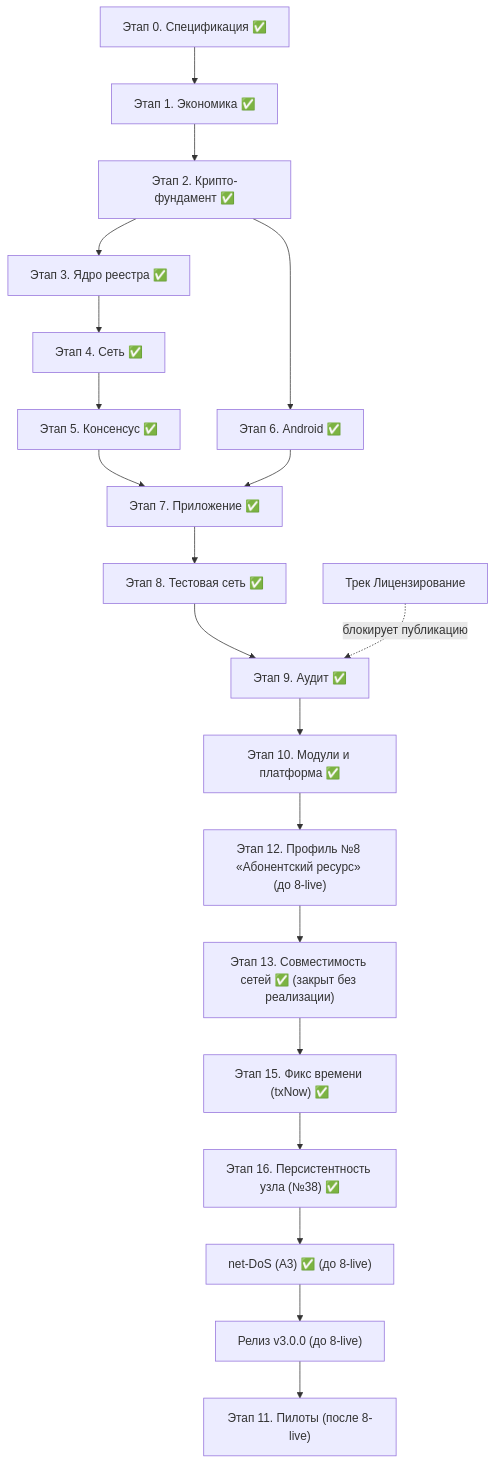
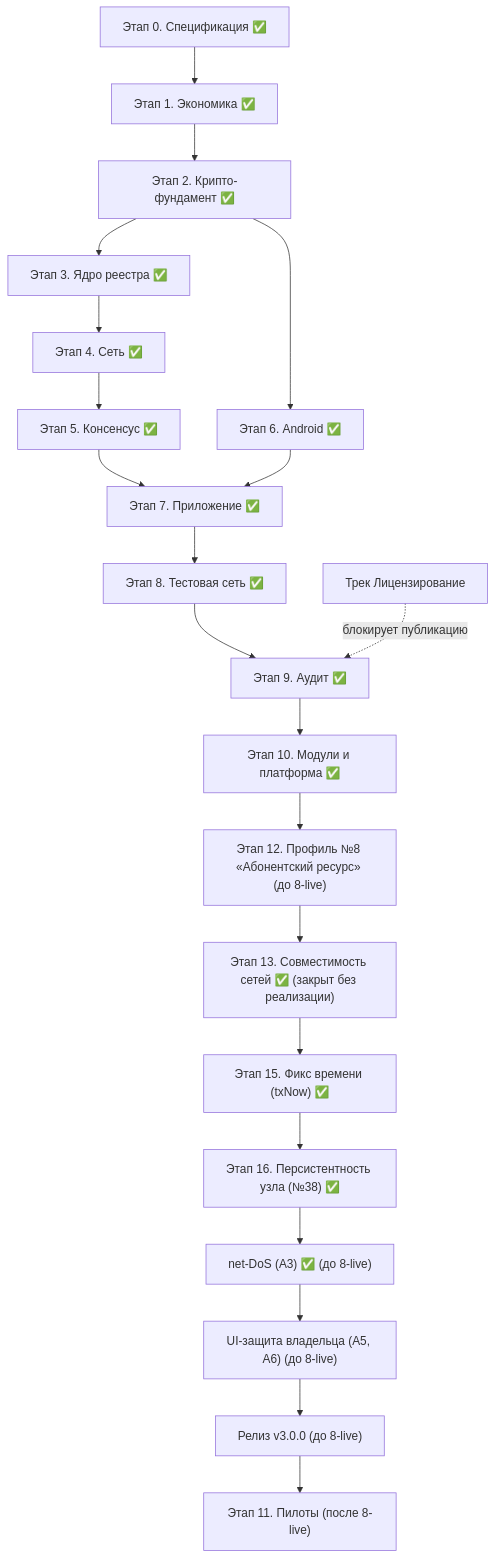
Before and after one commit to rumatakira74/equality-trust-networks: the diagram in docs/development-plan.md, drawn with Mermaid. The commit also changed other lines of this file and 1 other file, not shown here.

Commit message:
Тема UI-защиты владельца: промпт ui-owner-protection + секция плана (A5, A6, PIN-лимит, FLAG_SECURE, A4-константа)

````diff
--- a/docs/development-plan.md
+++ b/docs/development-plan.md
@@ -345,22 +360,23 @@
 ```mermaid
 flowchart TD
     S0["Этап 0. Спецификация ✅"] --> S1["Этап 1. Экономика ✅"]
     S1 --> S2["Этап 2. Крипто-фундамент ✅"]
     S2 --> S3["Этап 3. Ядро реестра ✅"]
     S3 --> S4["Этап 4. Сеть ✅"]
     S4 --> S5["Этап 5. Консенсус ✅"]
     S2 --> S6["Этап 6. Android ✅"]
     S5 --> S7["Этап 7. Приложение ✅"]
     S6 --> S7
     S7 --> S8["Этап 8. Тестовая сеть ✅"]
     S8 --> S9["Этап 9. Аудит ✅"]
     S9 --> S10["Этап 10. Модули и платформа ✅"]
     S10 --> S12["Этап 12. Профиль №8 «Абонентский ресурс» (до 8-live)"]
     S12 --> S13["Этап 13. Совместимость сетей ✅ (закрыт без реализации)"]
     S13 --> S15["Этап 15. Фикс времени (txNow) ✅"]
     S15 --> S16["Этап 16. Персистентность узла (№38) ✅"]
     S16 --> SND["net-DoS (A3) ✅ (до 8-live)"]
-    SND --> S17["Релиз v3.0.0 (до 8-live)"]
+    SND --> SUI["UI-защита владельца (A5, A6) (до 8-live)"]
+    SUI --> S17["Релиз v3.0.0 (до 8-live)"]
     S17 --> S11["Этап 11. Пилоты (после 8-live)"]
     L["Трек Лицензирование"] -. "блокирует публикацию" .-> S9
 ```
````
